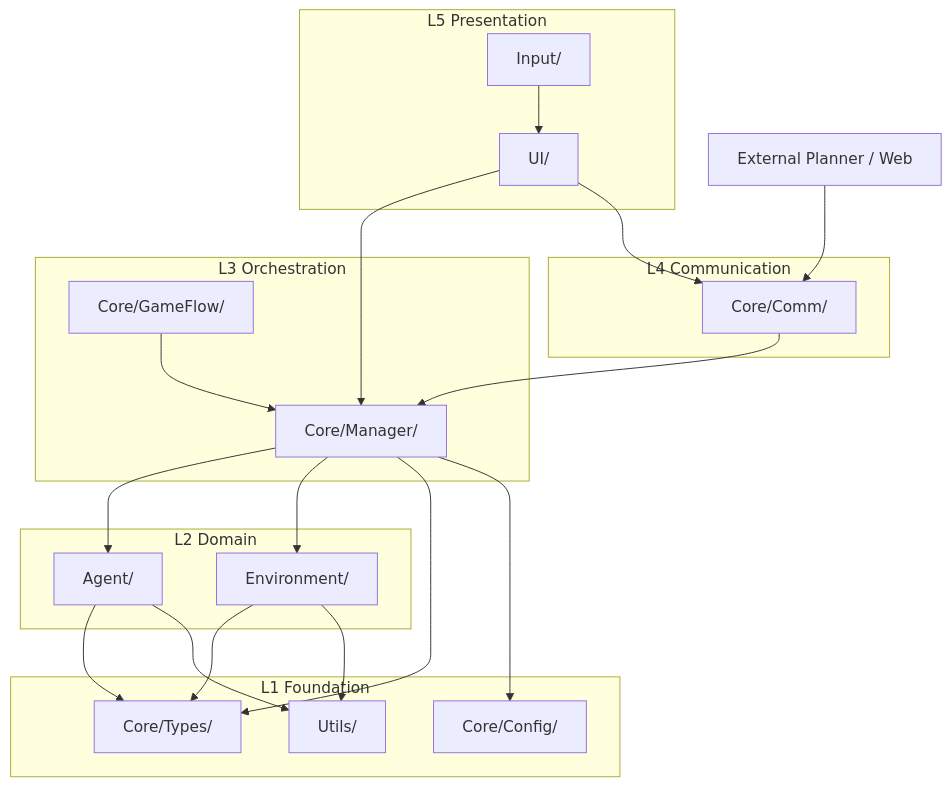
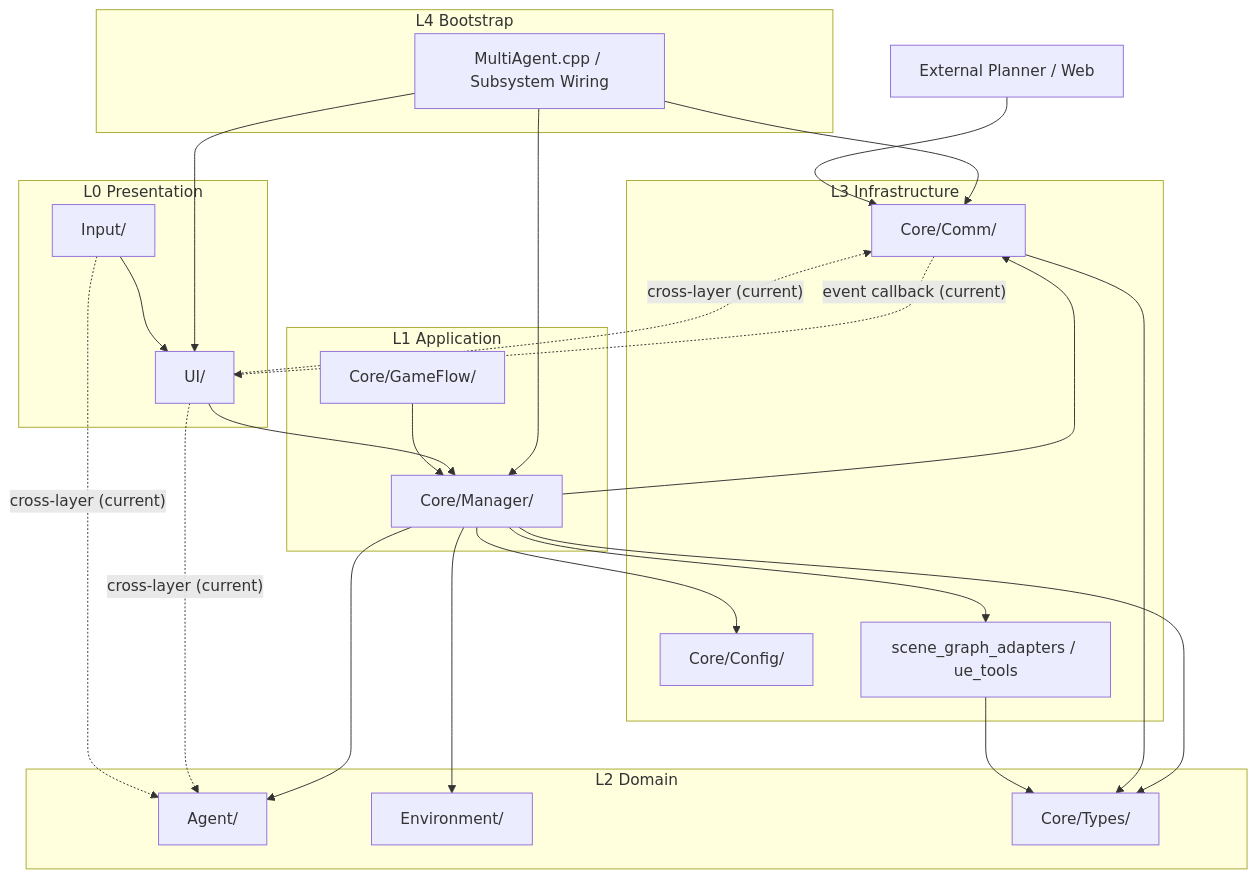
The diagram in site_docs/architecture.md (MiangChen/MultiAgent-Unreal), drawn with Mermaid before and after one commit. The commit also changed other lines of this file, not shown here.

Commit message:
docs: add 5-layer architecture page with cross-layer links

````diff
--- a/site_docs/architecture.md
+++ b/site_docs/architecture.md
@@ -92,44 +92,53 @@
 ```mermaid
 flowchart TB
     EXT["External Planner / Web"]
 
-    subgraph L5["L5 Presentation"]
+    subgraph L4["L4 Bootstrap"]
+        BOOT["MultiAgent.cpp / Subsystem Wiring"]
+    end
+
+    subgraph L0["L0 Presentation"]
         UI["UI/"]
         INPUT["Input/"]
     end
 
-    subgraph L4["L4 Communication"]
-        COMM["Core/Comm/"]
-    end
-
-    subgraph L3["L3 Orchestration"]
-        MGR["Core/Manager/"]
-        FLOW["Core/GameFlow/"]
+    subgraph L1["L1 Application"]
+        APP_MGR["Core/Manager/"]
+        APP_FLOW["Core/GameFlow/"]
     end
 
     subgraph L2["L2 Domain"]
-        AGENT["Agent/"]
-        ENV["Environment/"]
+        DOM_AGENT["Agent/"]
+        DOM_ENV["Environment/"]
+        DOM_TYPES["Core/Types/"]
     end
 
-    subgraph L1["L1 Foundation"]
-        TYPES["Core/Types/"]
-        CFG["Core/Config/"]
-        UTL["Utils/"]
+    subgraph L3["L3 Infrastructure"]
+        INF_COMM["Core/Comm/"]
+        INF_CFG["Core/Config/"]
+        INF_ADAPTER["scene_graph_adapters / ue_tools"]
     end
 
-    EXT --> COMM
+    BOOT --> UI
+    BOOT --> APP_MGR
+    BOOT --> INF_COMM
+
     INPUT --> UI
-    UI --> MGR
-    UI --> COMM
-    MGR --> AGENT
-    MGR --> ENV
-    FLOW --> MGR
-    COMM --> MGR
-    AGENT --> TYPES
-    ENV --> TYPES
-    MGR --> TYPES
-    MGR --> CFG
-    AGENT --> UTL
-    ENV --> UTL
+    UI --> APP_MGR
+    APP_FLOW --> APP_MGR
+    APP_MGR --> DOM_AGENT
+    APP_MGR --> DOM_ENV
+    APP_MGR --> DOM_TYPES
+
+    APP_MGR --> INF_COMM
+    APP_MGR --> INF_CFG
+    APP_MGR --> INF_ADAPTER
+    INF_COMM --> DOM_TYPES
+    INF_ADAPTER --> DOM_TYPES
+    EXT --> INF_COMM
+
+    UI -. "cross-layer (current)" .-> INF_COMM
+    UI -. "cross-layer (current)" .-> DOM_AGENT
+    INPUT -. "cross-layer (current)" .-> DOM_AGENT
+    INF_COMM -. "event callback (current)" .-> UI
 ```
````
